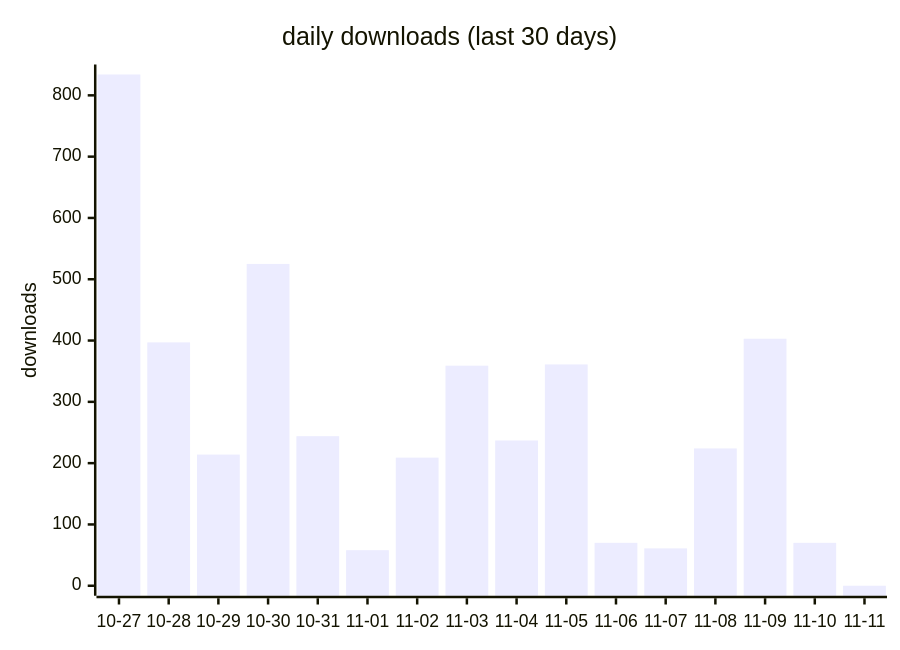
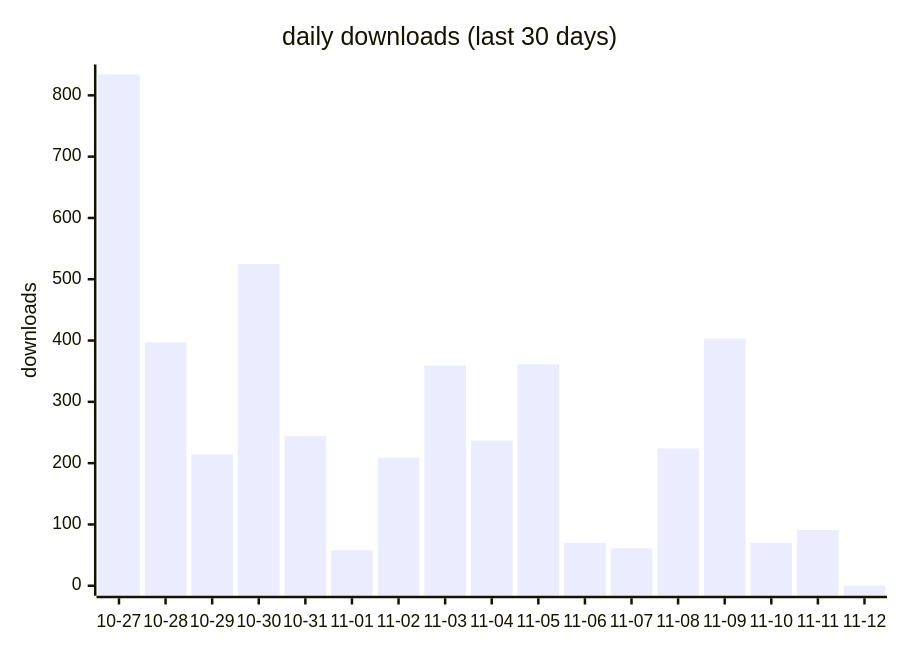
One commit to terry2010/dsh-rss-news-daily changed the first of 2 diagrams in docs/downloads-2026.md. Above: the diagram before and after it, drawn with Mermaid. The commit also changed other lines of this file and 1 other file, not shown here.

````diff
--- a/docs/downloads-2026.md
+++ b/docs/downloads-2026.md
@@ -19,7 +19,7 @@
 ```mermaid
 xychart-beta
     title "daily downloads (last 30 days)"
-    x-axis ["10-27", "10-28", "10-29", "10-30", "10-31", "11-01", "11-02", "11-03", "11-04", "11-05", "11-06", "11-07", "11-08", "11-09", "11-10", "11-11"]
+    x-axis ["10-27", "10-28", "10-29", "10-30", "10-31", "11-01", "11-02", "11-03", "11-04", "11-05", "11-06", "11-07", "11-08", "11-09", "11-10", "11-11", "11-12"]
     y-axis "downloads" 0 --> 834
-    bar [834, 397, 214, 525, 244, 58, 209, 359, 237, 361, 70, 61, 224, 403, 70, 0]
+    bar [834, 397, 214, 525, 244, 58, 209, 359, 237, 361, 70, 61, 224, 403, 70, 91, 0]
 ```
````
